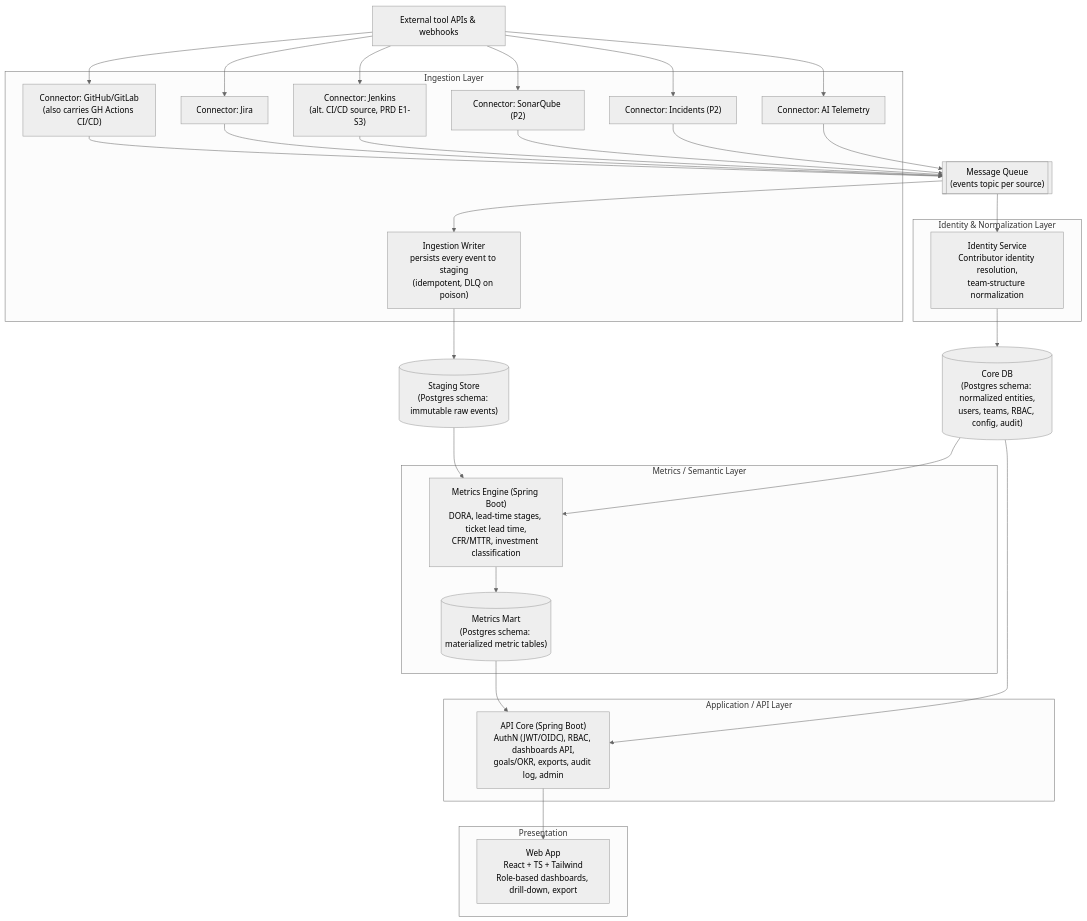
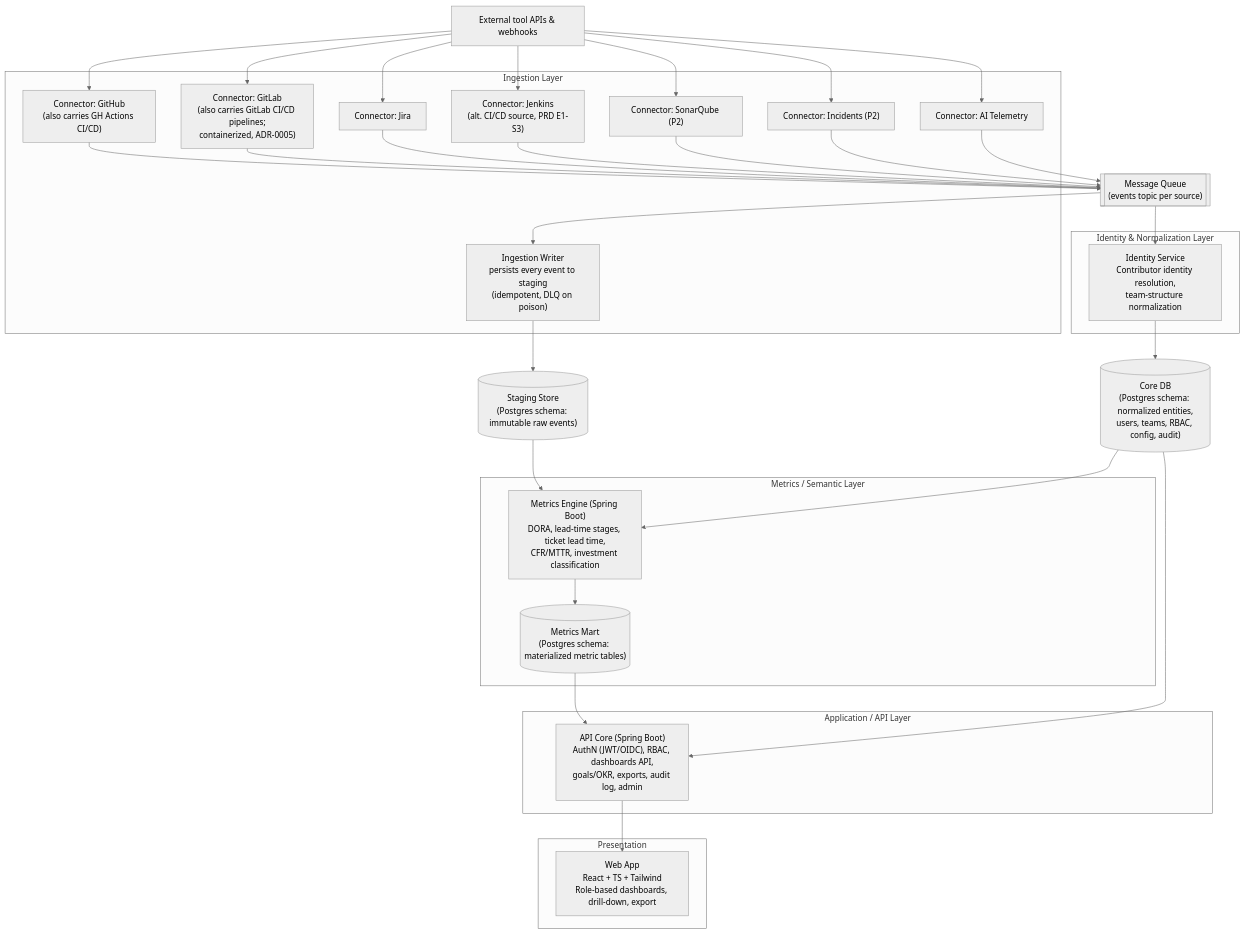
The second of 2 diagrams in docs/03-architecture/system-architecture.md (0pain01/AI_impact_analytical_program), drawn with Mermaid (neutral theme) before and after one commit. The commit also changed other lines of this file and 3 other files, not shown here.

First line of the commit message:
docs: document GitLab across architecture, metric definitions, and the root README

````diff
--- a/docs/03-architecture/system-architecture.md
+++ b/docs/03-architecture/system-architecture.md
@@ -59,46 +59,47 @@
 ```mermaid
 flowchart TB
   subgraph Presentation
     FE["Web App<br/>React + TS + Tailwind<br/>Role-based dashboards, drill-down, export"]
   end
 
   subgraph Application_API["Application / API Layer"]
     API["API Core (Spring Boot)<br/>AuthN (JWT/OIDC), RBAC, dashboards API,<br/>goals/OKR, exports, audit log, admin"]
   end
 
   subgraph Semantic["Metrics / Semantic Layer"]
     ME["Metrics Engine (Spring Boot)<br/>DORA, lead-time stages, ticket lead time,<br/>CFR/MTTR, investment classification"]
     MART[("Metrics Mart<br/>(Postgres schema: materialized metric tables)")]
   end
 
   subgraph Normalization["Identity & Normalization Layer"]
     IDN["Identity Service<br/>Contributor identity resolution,<br/>team-structure normalization"]
   end
 
   subgraph Ingestion["Ingestion Layer"]
-    CGH["Connector: GitHub/GitLab<br/>(also carries GH Actions CI/CD)"]
+    CGH["Connector: GitHub<br/>(also carries GH Actions CI/CD)"]
+    CGL["Connector: GitLab<br/>(also carries GitLab CI/CD pipelines;<br/>containerized, ADR-0005)"]
     CJR["Connector: Jira"]
     CJK["Connector: Jenkins<br/>(alt. CI/CD source, PRD E1-S3)"]
     CSQ["Connector: SonarQube (P2)"]
     CIN["Connector: Incidents (P2)"]
     CAI["Connector: AI Telemetry"]
     IW["Ingestion Writer<br/>persists every event to staging<br/>(idempotent, DLQ on poison)"]
   end
 
   MQ[["Message Queue<br/>(events topic per source)"]]
   STG[("Staging Store<br/>(Postgres schema: immutable raw events)")]
   CORE[("Core DB<br/>(Postgres schema: normalized entities,<br/>users, teams, RBAC, config, audit)")]
 
-  SRC["External tool APIs & webhooks"] --> CGH & CJR & CJK & CSQ & CIN & CAI
-  CGH & CJR & CJK & CSQ & CIN & CAI --> MQ
+  SRC["External tool APIs & webhooks"] --> CGH & CGL & CJR & CJK & CSQ & CIN & CAI
+  CGH & CGL & CJR & CJK & CSQ & CIN & CAI --> MQ
   MQ --> IW
   IW --> STG
   MQ --> IDN
   IDN --> CORE
   STG --> ME
   CORE --> ME
   ME --> MART
   MART --> API
   CORE --> API
   API --> FE
 ```
````
